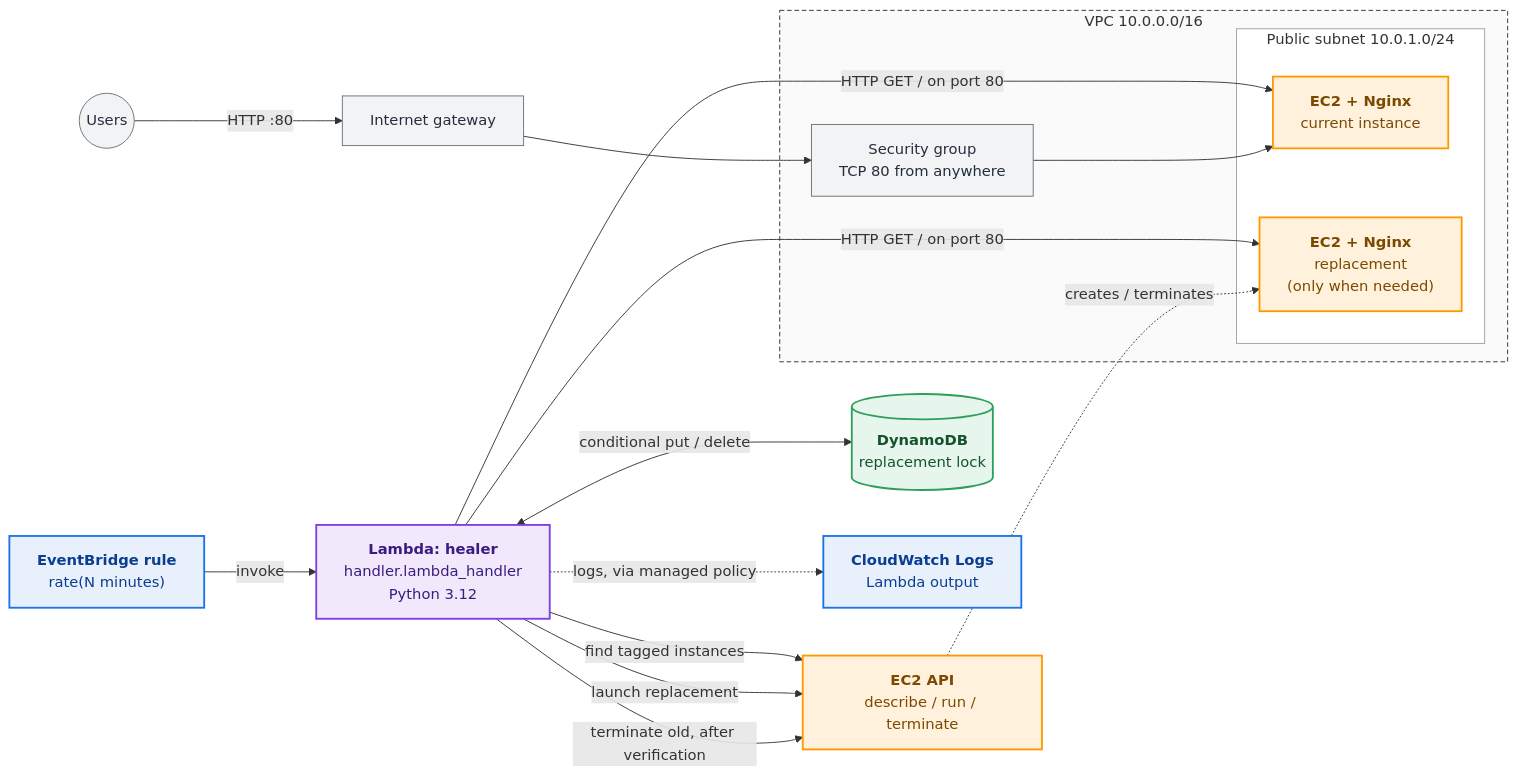
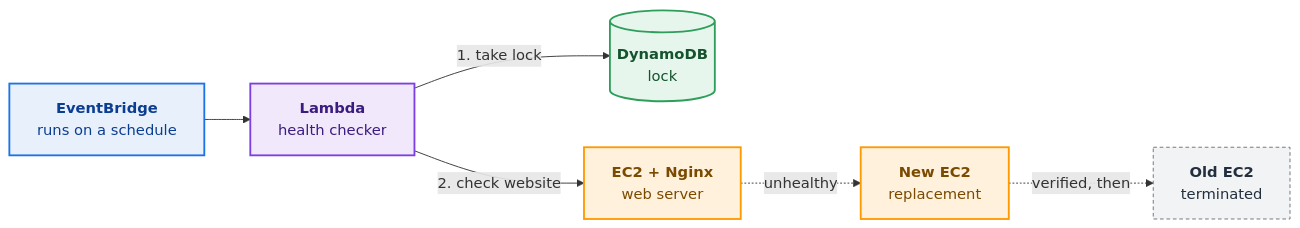
The diagram in README.md (sabo1166/Automated-EC2-health-monitoring-and-recovery-using-AWS-Lambda-EventBridge-Terraform-and-Python.), drawn with Mermaid before and after one commit. The commit also changed other lines of this file, not shown here.

Commit message:
docs: simplify project README and architecture diagram

````diff
--- a/README.md
+++ b/README.md
@@ -43,37 +36,21 @@
 ```mermaid
 flowchart LR
-    EB["<b>EventBridge rule</b><br/>rate(N minutes)"]:::eb
-    LAM["<b>Lambda: healer</b><br/>handler.lambda_handler<br/>Python 3.12"]:::lam
-    DDB[("<b>DynamoDB</b><br/>replacement lock")]:::lock
-    CWL["<b>CloudWatch Logs</b><br/>Lambda output"]:::eb
-    API["<b>EC2 API</b><br/>describe / run / terminate"]:::ec2
+    EB["<b>EventBridge</b><br/>runs on a schedule"]:::eb
+    L["<b>Lambda</b><br/>health checker"]:::lam
+    D[("<b>DynamoDB</b><br/>lock")]:::ddb
+    E["<b>EC2 + Nginx</b><br/>web server"]:::ec2
+    N["<b>New EC2</b><br/>replacement"]:::ec2
+    X["<b>Old EC2</b><br/>terminated"]:::gone
 
-    subgraph VPC["VPC 10.0.0.0/16"]
-        subgraph SUB["Public subnet 10.0.1.0/24"]
-            OLD["<b>EC2 + Nginx</b><br/>current instance"]:::ec2
-            NEW["<b>EC2 + Nginx</b><br/>replacement<br/>(only when needed)"]:::ec2
-        end
-        SG["Security group<br/>TCP 80 from anywhere"]:::neutral
-    end
-    IGW["Internet gateway"]:::neutral
-    USER(("Users")):::neutral
-
-    EB -->|"invoke"| LAM
-    LAM <-->|"conditional put / delete"| DDB
-    LAM -->|"find tagged instances"| API
-    LAM -->|"HTTP GET / on port 80"| OLD
-    LAM -->|"launch replacement"| API
-    LAM -->|"HTTP GET / on port 80"| NEW
-    LAM -->|"terminate old, after verification"| API
-    LAM -.->|"logs, via managed policy"| CWL
-    API -.->|"creates / terminates"| NEW
-    USER -->|"HTTP :80"| IGW --> SG --> OLD
+    EB --> L
+    L -->|"1. take lock"| D
+    L -->|"2. check website"| E
+    E -. "unhealthy" .-> N
+    N -. "verified, then" .-> X
 
     classDef eb fill:#E8F1FB,stroke:#1A73E8,color:#0B3D91,stroke-width:2px
     classDef lam fill:#F1E8FB,stroke:#7B3FE4,color:#3B1C80,stroke-width:2px
+    classDef ddb fill:#E6F6EC,stroke:#2E9E5B,color:#14532D,stroke-width:2px
     classDef ec2 fill:#FFF1DB,stroke:#FF9900,color:#7A4A00,stroke-width:2px
-    classDef lock fill:#E6F6EC,stroke:#2E9E5B,color:#14532D,stroke-width:2px
-    classDef neutral fill:#F2F3F4,stroke:#687078,color:#232F3E
-    style VPC fill:#FAFAFA,stroke:#232F3E,stroke-dasharray: 5 3
-    style SUB fill:#FFFFFF,stroke:#9AA1A9
+    classDef gone fill:#F2F3F4,stroke:#687078,color:#232F3E,stroke-dasharray: 4 3
 ```
````
